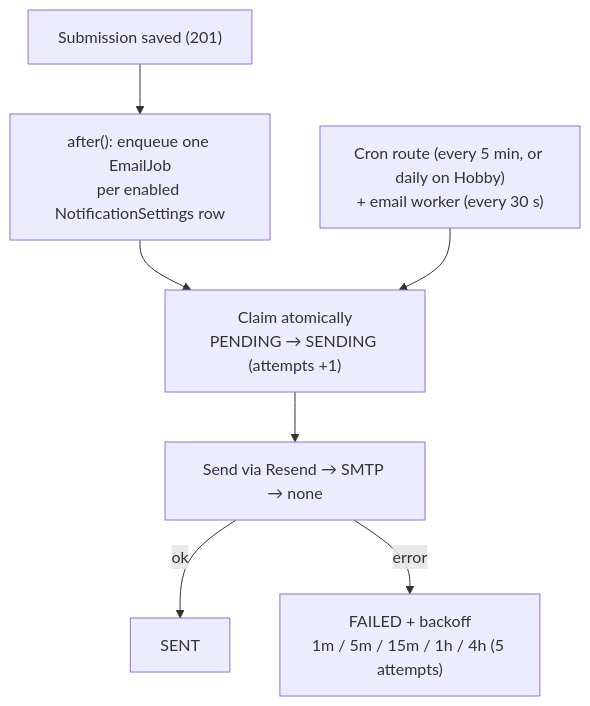
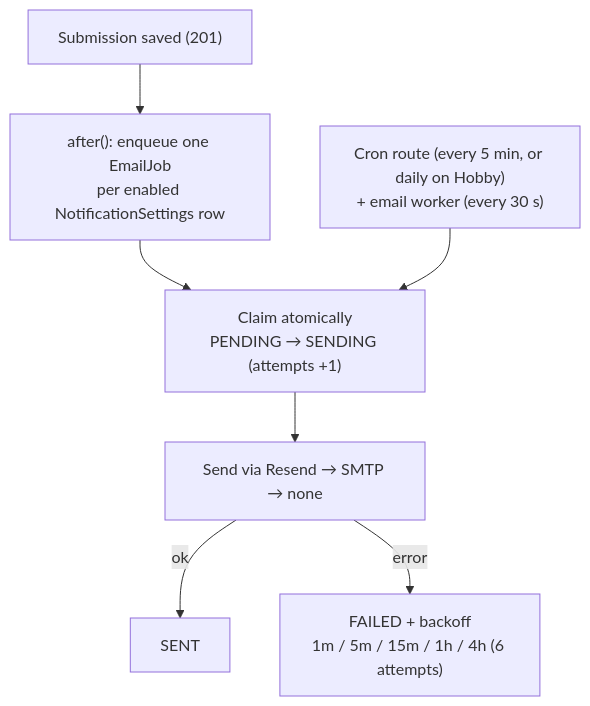
One commit to DashingMZA/sendcms changed the diagram in docs/operations/runbook.md. Above: the diagram before and after it, drawn with Mermaid. The commit also changed other lines of this file and 62 other files, not shown here.

````diff
--- a/docs/operations/runbook.md
+++ b/docs/operations/runbook.md
@@ -100,15 +100,15 @@
 ```mermaid
 flowchart TB
     Save["Submission saved (201)"]
     Enqueue["after(): enqueue one EmailJob\nper enabled NotificationSettings row"]
     Claim["Claim atomically\nPENDING → SENDING (attempts +1)"]
     Send["Send via Resend → SMTP → none"]
     Sent["SENT"]
-    Fail["FAILED + backoff\n1m / 5m / 15m / 1h / 4h (5 attempts)"]
+    Fail["FAILED + backoff\n1m / 5m / 15m / 1h / 4h (6 attempts)"]
     Cron["Cron route (every 5 min, or daily on Hobby)\n+ email worker (every 30 s)"]
 
     Save --> Enqueue --> Claim --> Send
     Send -- "ok" --> Sent
     Send -- "error" --> Fail
     Cron --> Claim
 ```
````
